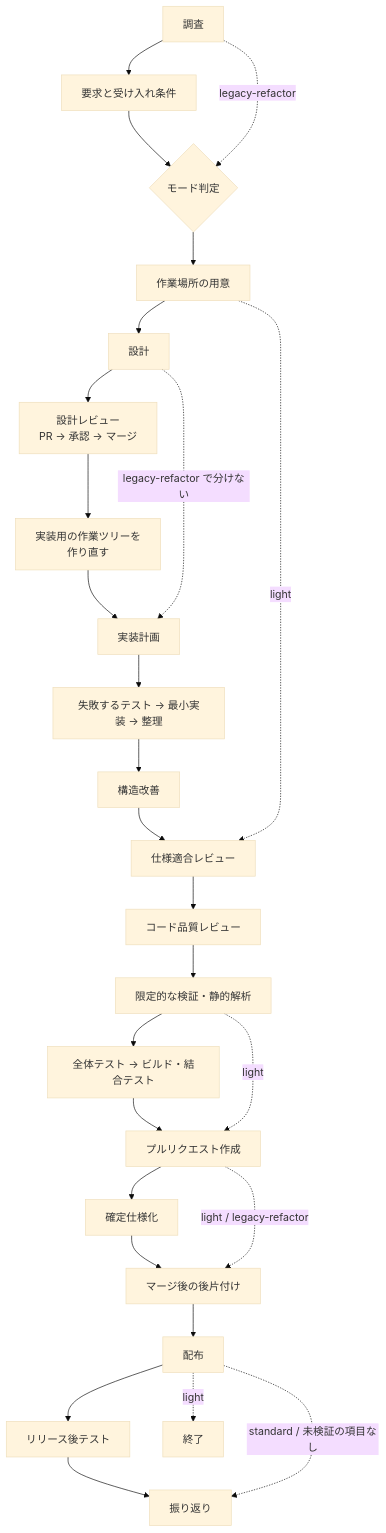
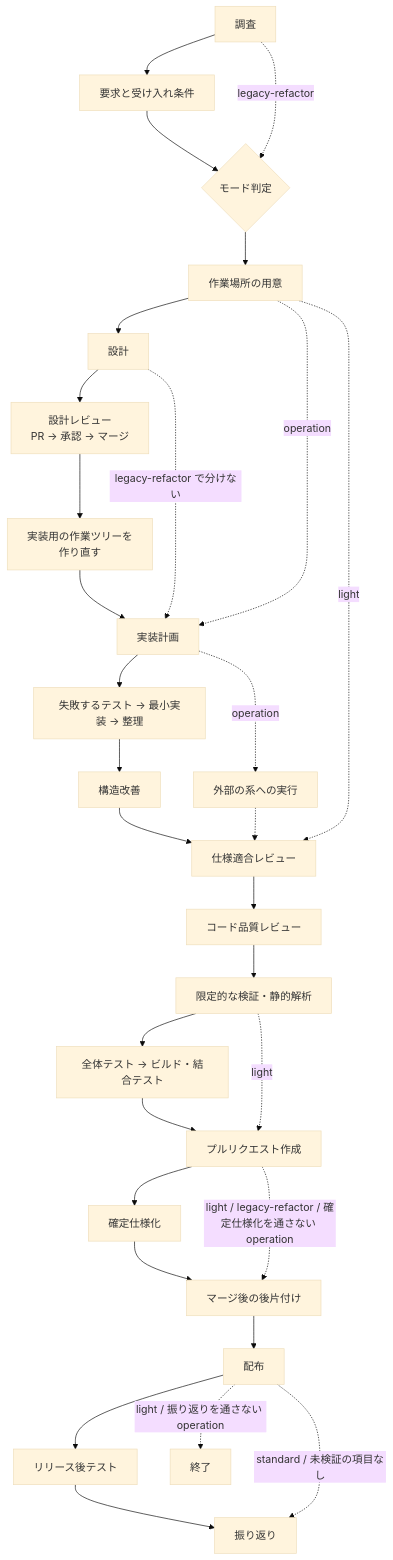
One commit to devbasex/ai-plugins changed the second of 2 diagrams in plugins/ndf/skills/development-workflow/SKILL.md. Above: the diagram before and after it, drawn with Mermaid (base theme). The commit also changed other lines of this file and 4 other files, not shown here.

````diff
--- a/plugins/ndf/skills/development-workflow/SKILL.md
+++ b/plugins/ndf/skills/development-workflow/SKILL.md
@@ -295,29 +330,32 @@
 ```mermaid
 flowchart TD
     A[調査] --> B[要求と受け入れ条件]
     B --> D{モード判定}
     D --> S[作業場所の用意]
     S --> C[設計]
     C --> F[設計レビュー<br/>PR → 承認 → マージ]
     F --> W[実装用の作業ツリーを<br/>作り直す]
     W --> G[実装計画]
     G --> H[失敗するテスト → 最小実装 → 整理]
     H --> R[構造改善]
     R --> I[仕様適合レビュー]
     I --> J[コード品質レビュー]
     J --> K[限定的な検証・静的解析]
     K --> N[全体テスト → ビルド・結合テスト]
     N --> L[プルリクエスト作成]
     L --> M[確定仕様化]
     M --> P[マージ後の後片付け]
     P --> RL[配布]
     RL --> Q[リリース後テスト]
     Q --> T[振り返り]
     RL -.->|standard / 未検証の項目なし| T
     A -.->|legacy-refactor| D
     C -.->|legacy-refactor で分けない| G
+    S -.->|operation| G
+    G -.->|operation| X[外部の系への実行]
+    X -.-> I
     S -.->|light| I
     K -.->|light| L
-    L -.->|light / legacy-refactor| P
-    RL -.->|light| Z[終了]
+    L -.->|light / legacy-refactor / 確定仕様化を通さない operation| P
+    RL -.->|light / 振り返りを通さない operation| Z[終了]
 ```
````
